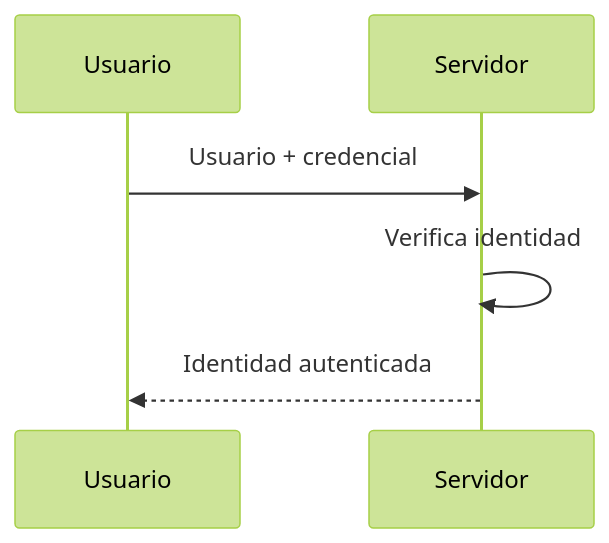
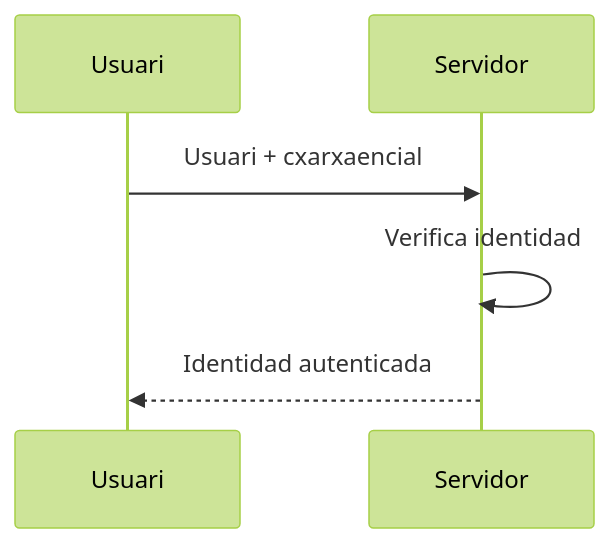
Before and after one commit to jordicido/jordicina: the second of 6 diagrams in docs/daw-daw/up3/04-seguridad-servidor-aplicaciones.md, drawn with Mermaid (forest theme). The commit also changed other lines of this file and 10 other files, not shown here.

````diff
--- a/docs/daw-daw/up3/04-seguridad-servidor-aplicaciones.md
+++ b/docs/daw-daw/up3/04-seguridad-servidor-aplicaciones.md
@@ -85,9 +85,9 @@
 ```mermaid
 sequenceDiagram
-    participant U as Usuario
+    participant U as Usuari
     participant S as Servidor
 
-    U->>S: Usuario + credencial
+    U->>S: Usuari + cxarxaencial
     S->>S: Verifica identidad
     S-->>U: Identidad autenticada
 ```
````
